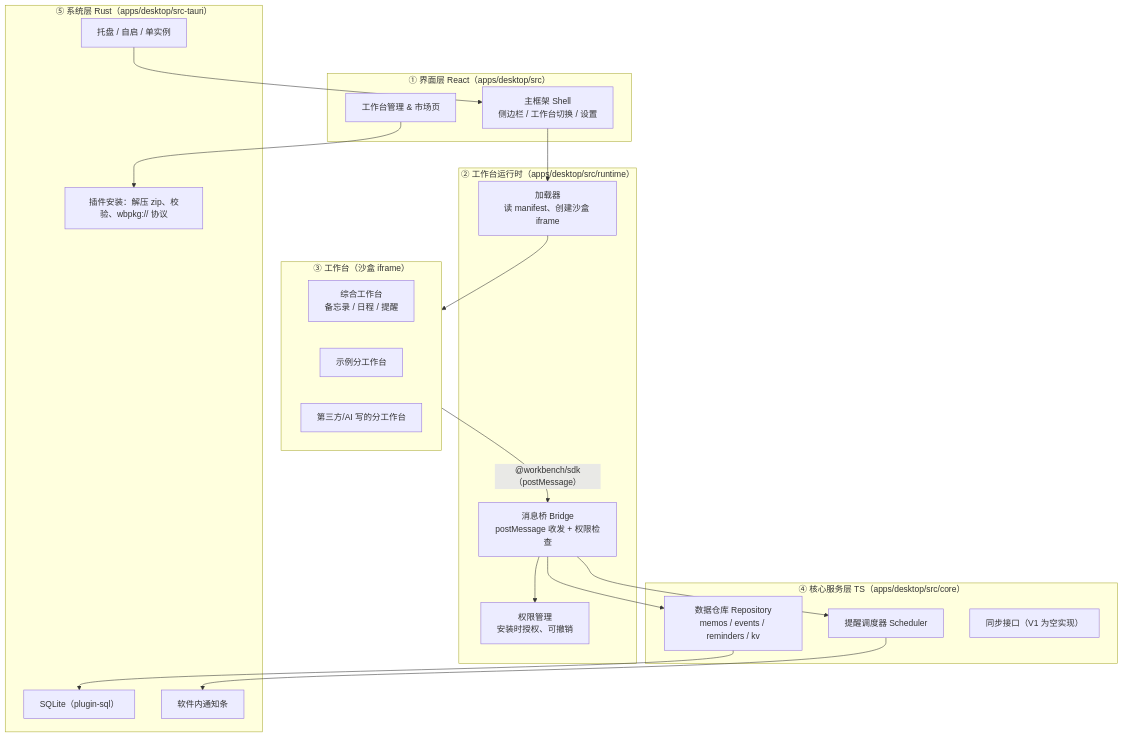
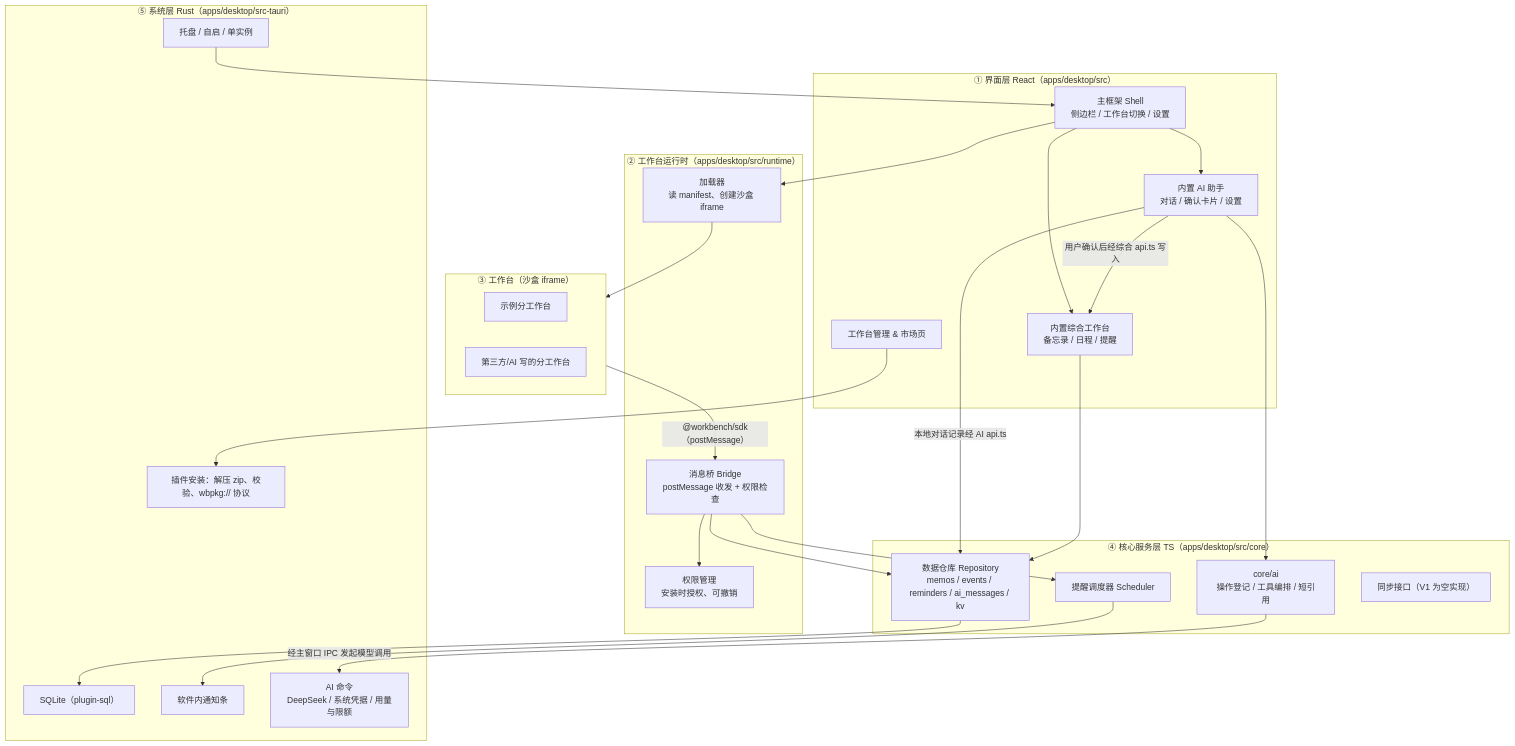
One commit to roycelee597/WorkBench changed the first of 2 diagrams in ARCHITECTURE.md. Above: the diagram before and after it, drawn with Mermaid. The commit also changed other lines of this file and 34 other files, not shown here.

````diff
--- a/ARCHITECTURE.md
+++ b/ARCHITECTURE.md
@@ -70,43 +70,53 @@
 ```mermaid
 flowchart TB
     subgraph UI["① 界面层 React（apps/desktop/src）"]
         Shell["主框架 Shell<br/>侧边栏 / 工作台切换 / 设置"]
         Market["工作台管理 & 市场页"]
+        General["内置综合工作台<br/>备忘录 / 日程 / 提醒"]
+        AI["内置 AI 助手<br/>对话 / 确认卡片 / 设置"]
     end
 
     subgraph Runtime["② 工作台运行时（apps/desktop/src/runtime）"]
         Loader["加载器<br/>读 manifest、创建沙盒 iframe"]
         Bridge["消息桥 Bridge<br/>postMessage 收发 + 权限检查"]
         Perm["权限管理<br/>安装时授权、可撤销"]
     end
 
     subgraph WBs["③ 工作台（沙盒 iframe）"]
-        General["综合工作台<br/>备忘录 / 日程 / 提醒"]
         Sample["示例分工作台"]
         Third["第三方/AI 写的分工作台"]
     end
 
     subgraph Core["④ 核心服务层 TS（apps/desktop/src/core）"]
-        Repo["数据仓库 Repository<br/>memos / events / reminders / kv"]
+        Repo["数据仓库 Repository<br/>memos / events / reminders / ai_messages / kv"]
+        AICore["core/ai<br/>操作登记 / 工具编排 / 短引用"]
         Sched["提醒调度器 Scheduler"]
         SyncStub["同步接口（V1 为空实现）"]
     end
 
     subgraph Native["⑤ 系统层 Rust（apps/desktop/src-tauri）"]
         SQL["SQLite（plugin-sql）"]
         Notify["软件内通知条"]
         Tray["托盘 / 自启 / 单实例"]
         Install["插件安装：解压 zip、校验、wbpkg:// 协议"]
+        AINative["AI 命令<br/>DeepSeek / 系统凭据 / 用量与限额"]
     end
 
     WBs -- "@workbench/sdk（postMessage）" --> Bridge
     Bridge --> Perm
     Bridge --> Repo
     Bridge --> Sched
     Shell --> Loader
+    Shell --> General
+    Shell --> AI
+    AI --> AICore
+    AI -->|"本地对话记录经 AI api.ts"| Repo
+    AI -->|"用户确认后经综合 api.ts 写入"| General
+    General --> Repo
+    AICore -->|"经主窗口 IPC 发起模型调用"| AINative
     Market --> Install
     Loader --> WBs
     Repo --> SQL
     Sched --> Notify
     Tray --> Shell
 ```
````
